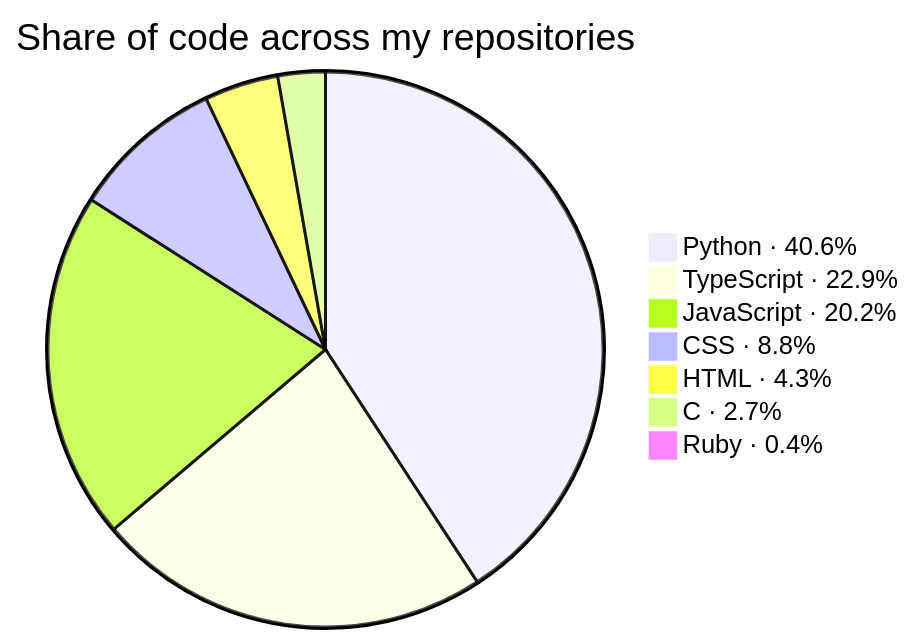
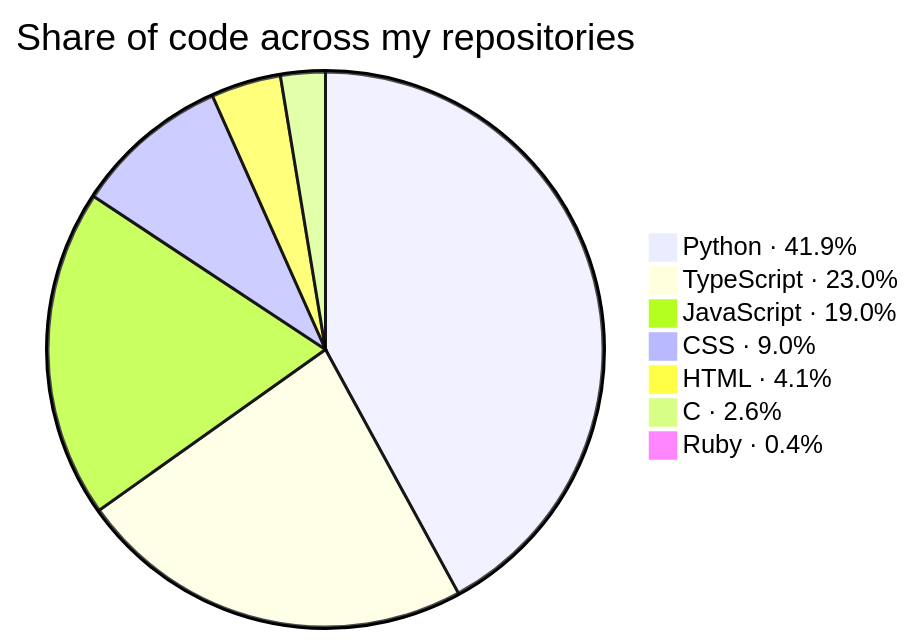
The second of 3 diagrams in README.md (KathFK1234/KathFK1234), drawn with Mermaid before and after one commit. The commit also changed other lines of this file and 3 other files, not shown here.

````diff
--- a/README.md
+++ b/README.md
@@ -109,11 +109,11 @@
 ```mermaid
 %%{init: {"themeVariables": {"pieSectionTextSize": "0px"}}}%%
 pie title Share of code across my repositories
-    "Python · 40.6%" : 928.2
-    "TypeScript · 22.9%" : 523.4
-    "JavaScript · 20.2%" : 460.8
-    "CSS · 8.8%" : 202.1
-    "HTML · 4.3%" : 98.1
-    "C · 2.7%" : 62.7
+    "Python · 41.9%" : 1013.5
+    "TypeScript · 23.0%" : 557.1
+    "JavaScript · 19.0%" : 460.8
+    "CSS · 9.0%" : 217.8
+    "HTML · 4.1%" : 98.1
+    "C · 2.6%" : 62.7
     "Ruby · 0.4%" : 10.1
 ```
````
